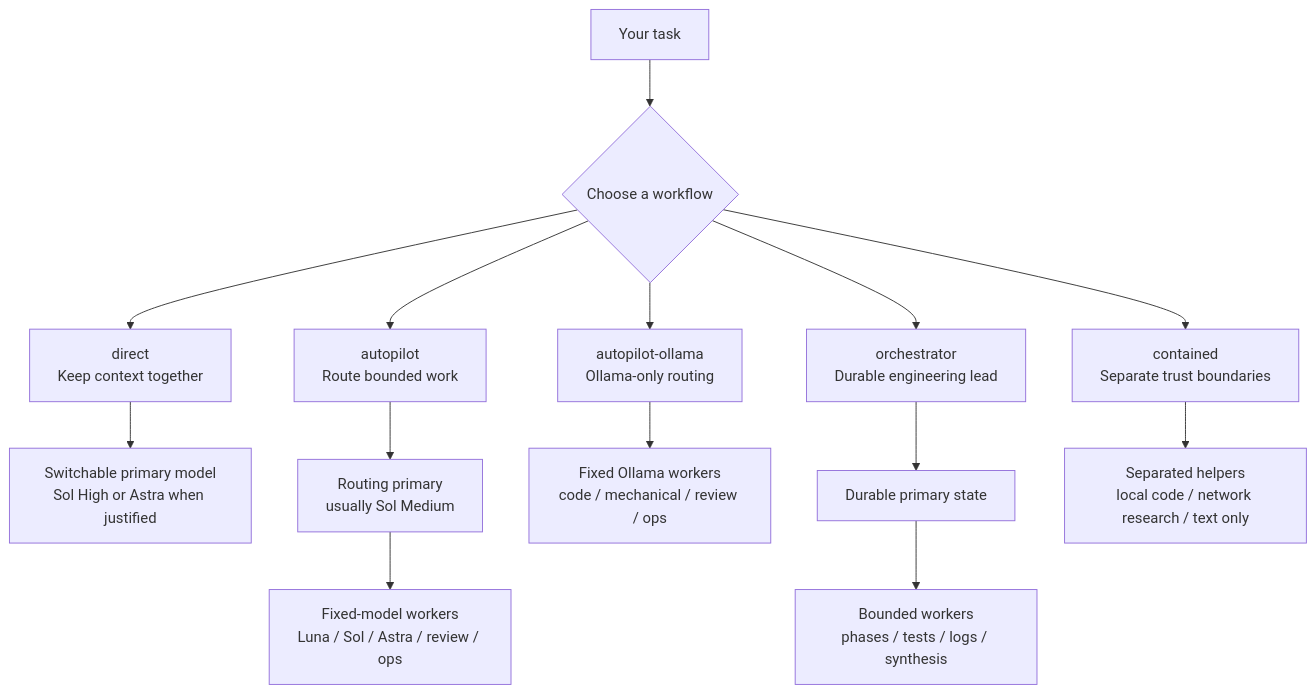
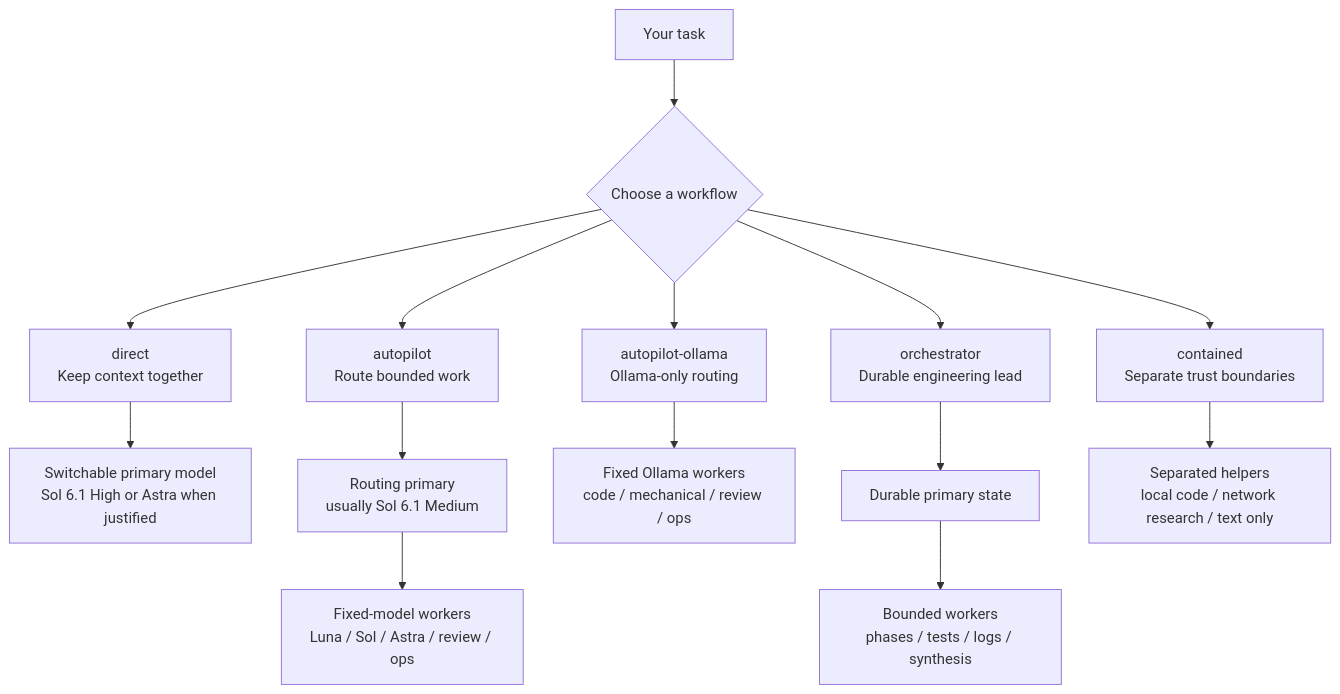
One commit to christian-taillon/opencode-agents changed the diagram in README.md. Above: the diagram before and after it, drawn with Mermaid. The commit also changed other lines of this file and 14 other files, not shown here.

````diff
--- a/README.md
+++ b/README.md
@@ -17,22 +17,22 @@
 ```mermaid
 flowchart TD
     T["Your task"] --> W{"Choose a workflow"}
 
     W --> D["direct<br/>Keep context together"]
     W --> A["autopilot<br/>Route bounded work"]
     W --> AO["autopilot-ollama<br/>Ollama-only routing"]
     W --> O["orchestrator<br/>Durable engineering lead"]
     W --> C["contained<br/>Separate trust boundaries"]
 
-    D --> P["Switchable primary model<br/>Sol High or Astra when justified"]
+    D --> P["Switchable primary model<br/>Sol 6.1 High or Astra when justified"]
 
-    A --> R["Routing primary<br/>usually Sol Medium"]
+    A --> R["Routing primary<br/>usually Sol 6.1 Medium"]
     R --> F["Fixed-model workers<br/>Luna / Sol / Astra / review / ops"]
 
     AO --> OR["Fixed Ollama workers<br/>code / mechanical / review / ops"]
 
     O --> DS["Durable primary state"]
     DS --> BW["Bounded workers<br/>phases / tests / logs / synthesis"]
 
     C --> TB["Separated helpers<br/>local code / network research / text only"]
 ```
````
